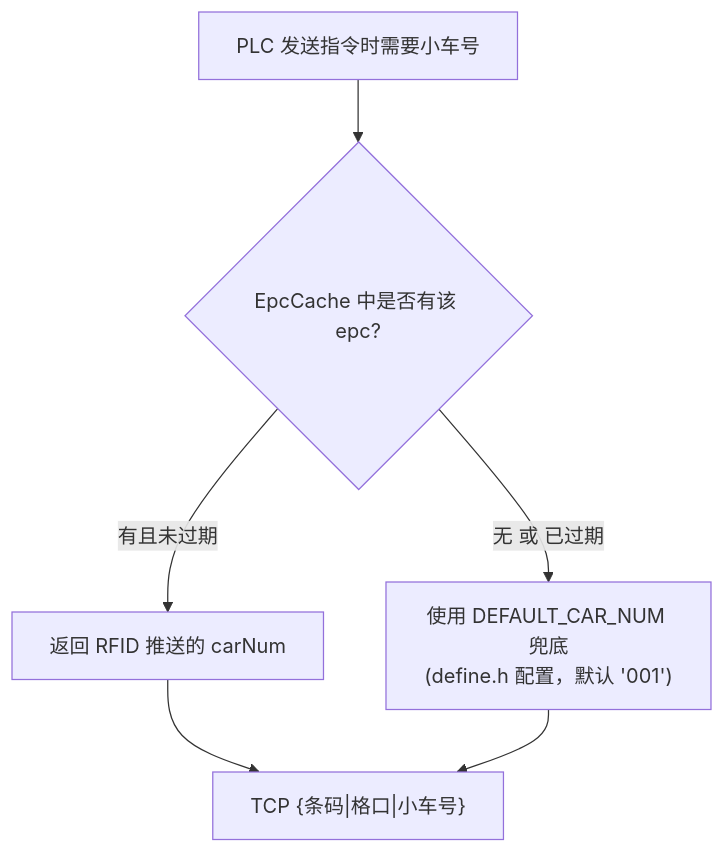
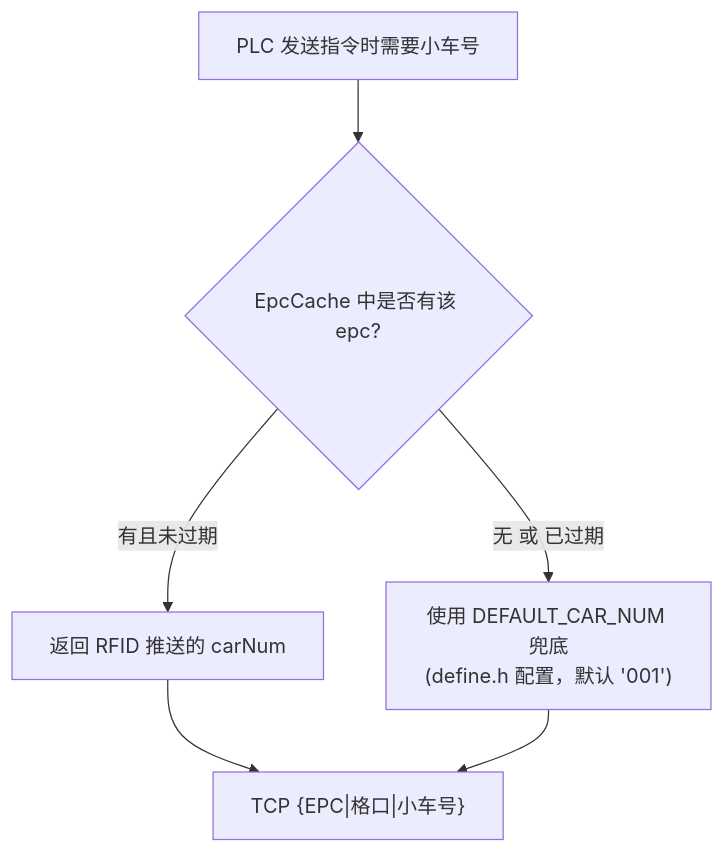
The ninth of 15 diagrams in WCSHttpServer-材料/WCS_httpServer接口说明文档.md (dryQAQ/WCSHttpServer), drawn with Mermaid before and after one commit. The commit also changed other lines of this file and 68 other files, not shown here.

````diff
--- a/WCSHttpServer-材料/WCS_httpServer接口说明文档.md
+++ b/WCSHttpServer-材料/WCS_httpServer接口说明文档.md
@@ -607,8 +607,8 @@
 ```mermaid
 flowchart TD
     A["PLC 发送指令时需要小车号"] --> B{"EpcCache 中是否有该 epc?"}
     B -->|"有且未过期"| C["返回 RFID 推送的 carNum"]
     B -->|"无 或 已过期"| D["使用 DEFAULT_CAR_NUM 兜底<br>(define.h 配置，默认 '001')"]
-    C --> E["TCP {条码|格口|小车号}"]
+    C --> E["TCP {EPC|格口|小车号}"]
     D --> E
 ```
````
